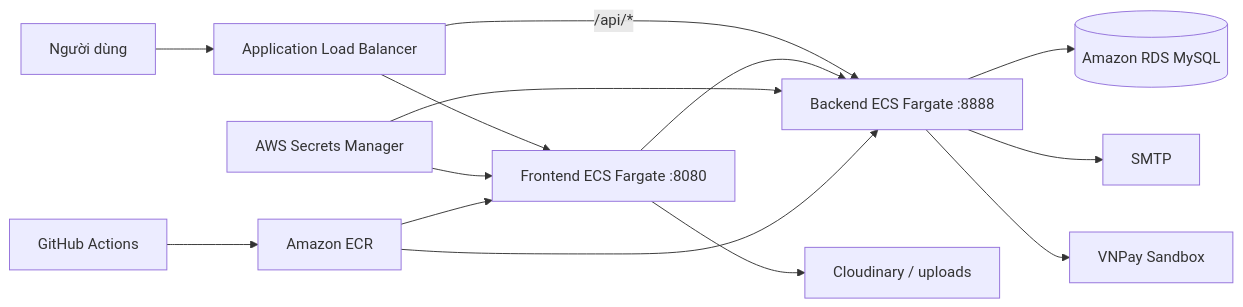
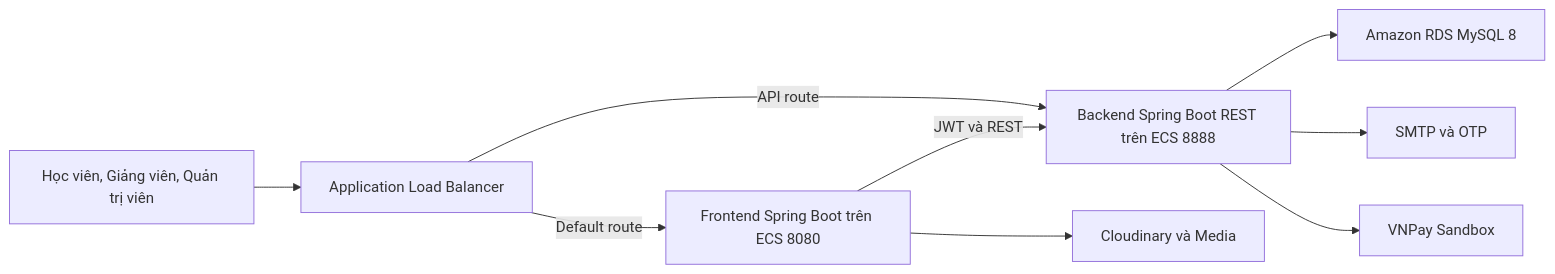
The diagram in content/2-Proposal/_index.vi.md (tuanhai-se/fcj-report), drawn with Mermaid before and after one commit. The commit also changed other lines of this file and 21 other files, not shown here.

````diff
--- a/content/2-Proposal/_index.vi.md
+++ b/content/2-Proposal/_index.vi.md
@@ -35,16 +45,11 @@
-```mermaid
-flowchart LR
-    U["Người dùng"] --> ALB["Application Load Balancer"]
-    ALB --> FE["Frontend ECS Fargate :8080"]
-    ALB -->|"/api/*"| BE["Backend ECS Fargate :8888"]
-    FE --> BE
-    BE --> RDS[("Amazon RDS MySQL")]
-    FE --> MEDIA["Cloudinary / uploads"]
-    BE --> SMTP["SMTP"]
-    BE --> VNPAY["VNPay Sandbox"]
-    SM["AWS Secrets Manager"] --> FE
-    SM --> BE
-    GHA["GitHub Actions"] --> ECR["Amazon ECR"]
-    ECR --> FE
-    ECR --> BE
-```
+{{< mermaid >}}
+graph LR
+USERS[Học viên, Giảng viên, Quản trị viên] --> ALB[Application Load Balancer]
+ALB -->|Default route| FE[Frontend Spring Boot trên ECS 8080]
+ALB -->|API route| BE[Backend Spring Boot REST trên ECS 8888]
+FE -->|JWT và REST| BE
+BE --> RDS[Amazon RDS MySQL 8]
+FE --> MEDIA[Cloudinary và Media]
+BE --> SMTP[SMTP và OTP]
+BE --> VNPAY[VNPay Sandbox]
+{{< /mermaid >}}
````
